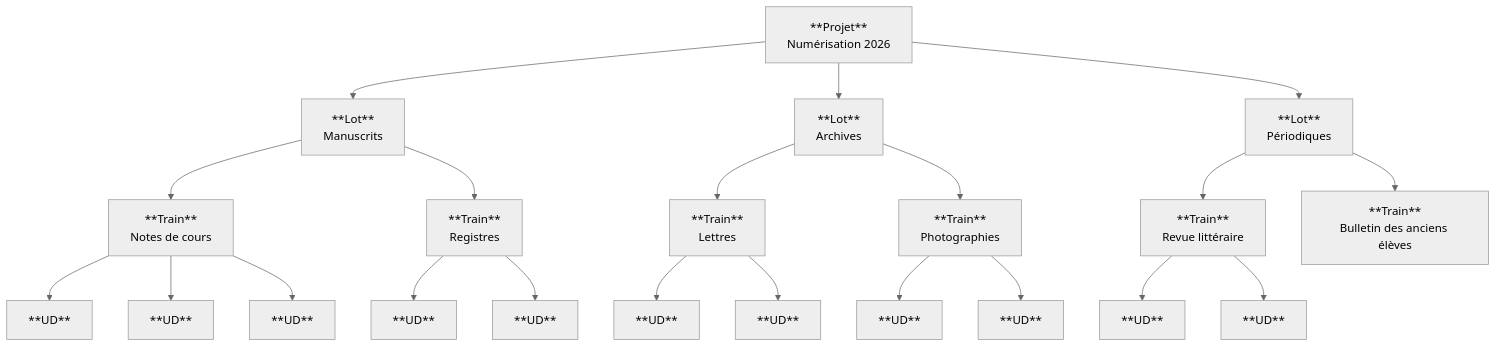
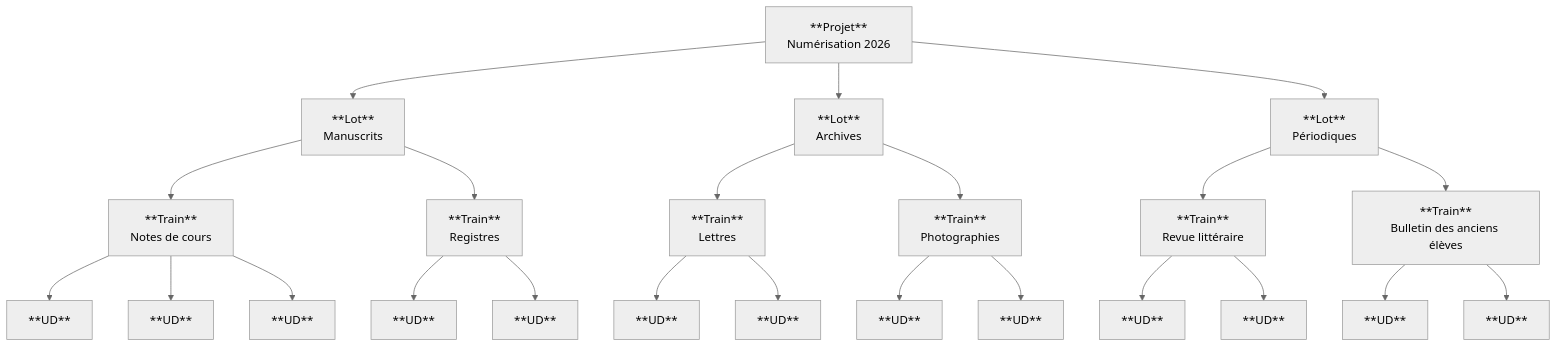
Before and after one commit to FrancoisGandolfi/numahop-doc-user: the first of 2 diagrams in docs/administrateur/3_Configurations/1_workflows.md, drawn with Mermaid (neutral theme). The commit also changed other lines of this file, not shown here.

Commit message:
Test interligne simple + correction mermaid

````diff
--- a/docs/administrateur/3_Configurations/1_workflows.md
+++ b/docs/administrateur/3_Configurations/1_workflows.md
@@ -14,25 +14,27 @@
 ```mermaid
 flowchart TD
     A["**Projet**<br>Numérisation 2026"] --> B1["**Lot**<br>Manuscrits"]
     A --> B2["**Lot**<br>Archives"]
     A --> B3["**Lot**<br>Périodiques"]
 
     B1 --> C1["**Train**<br>Notes de cours"]
     B1 --> C2["**Train**<br>Registres"]
     B2 --> C3["**Train**<br>Lettres"]
     B2 --> C4["**Train**<br>Photographies"]
     B3 --> C5["**Train**<br>Revue littéraire"]
     B3 --> C6["**Train**<br>Bulletin des anciens élèves"]
 
     C1 --> D1["**UD**"]
     C1 --> D2["**UD**"]
     C1 --> D3["**UD**"]
     C2 --> D4["**UD**"]
     C2 --> D5["**UD**"]
     C3 --> D6["**UD**"]
     C3 --> D7["**UD**"]
     C4 --> D8["**UD**"]
     C4 --> D9["**UD**"]
     C5 --> D10["**UD**"]
     C5 --> D11["**UD**"]
+    C6 --> D12["**UD**"]
+    C6 --> D13["**UD**"]
 ```
````
